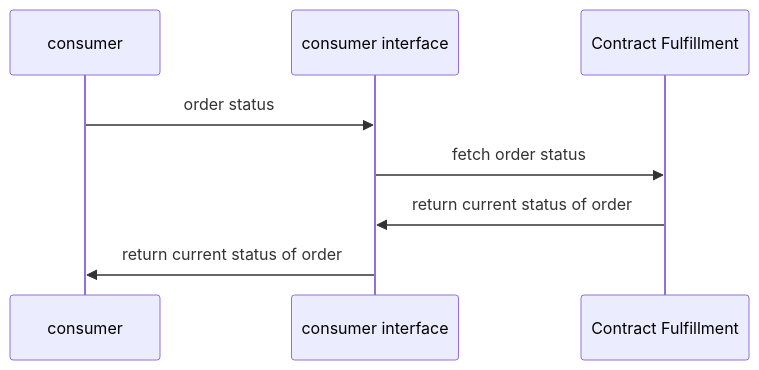
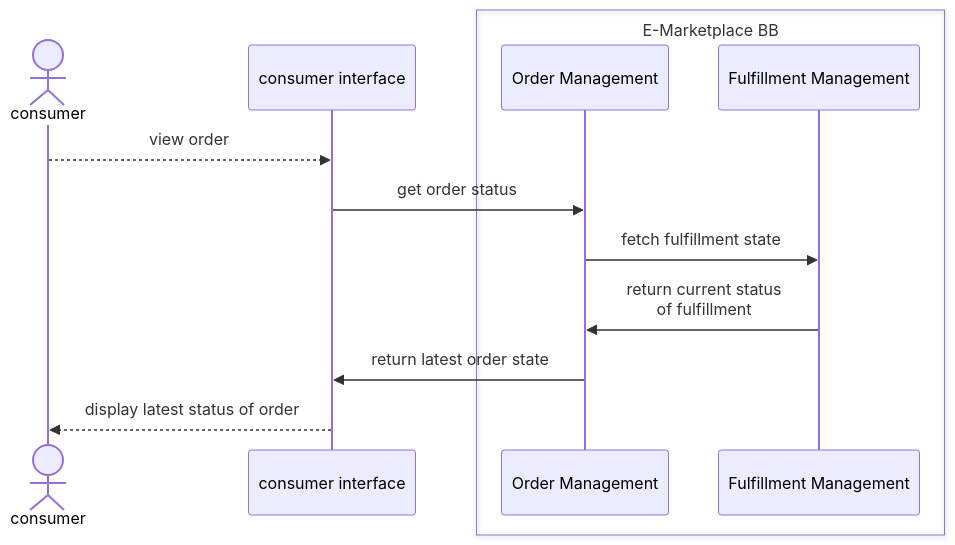
One commit to GovStackWorkingGroup/bb-emarketplace changed the fifth of 15 diagrams in spec/9-workflows.md. Above: the diagram before and after it, drawn with Mermaid.

Commit message:
GITBOOK-53: Update Sequence Diagram  - Order Status

````diff
--- a/spec/9-workflows.md
+++ b/spec/9-workflows.md
@@ -164,7 +164,15 @@
 ```mermaid
 sequenceDiagram
-consumer->>consumer interface: order status
-    consumer interface->>Contract Fulfillment:fetch order status
-    Contract Fulfillment->>consumer interface: return current status of order
-consumer interface->>consumer: return current status of order
+    Actor consumer
+    participant consumer interface
+    box E-Marketplace BB
+    participant Order Management
+    participant Fulfillment Management
+    end
+    consumer-->>consumer interface: view order
+    consumer interface->>Order Management:get order status
+    Order Management->>Fulfillment Management:fetch fulfillment state
+    Fulfillment Management->>Order Management: return current status <br/> of fulfillment
+    Order Management->>consumer interface: return latest order state
+    consumer interface-->>consumer: display latest status of order
 ```
````
